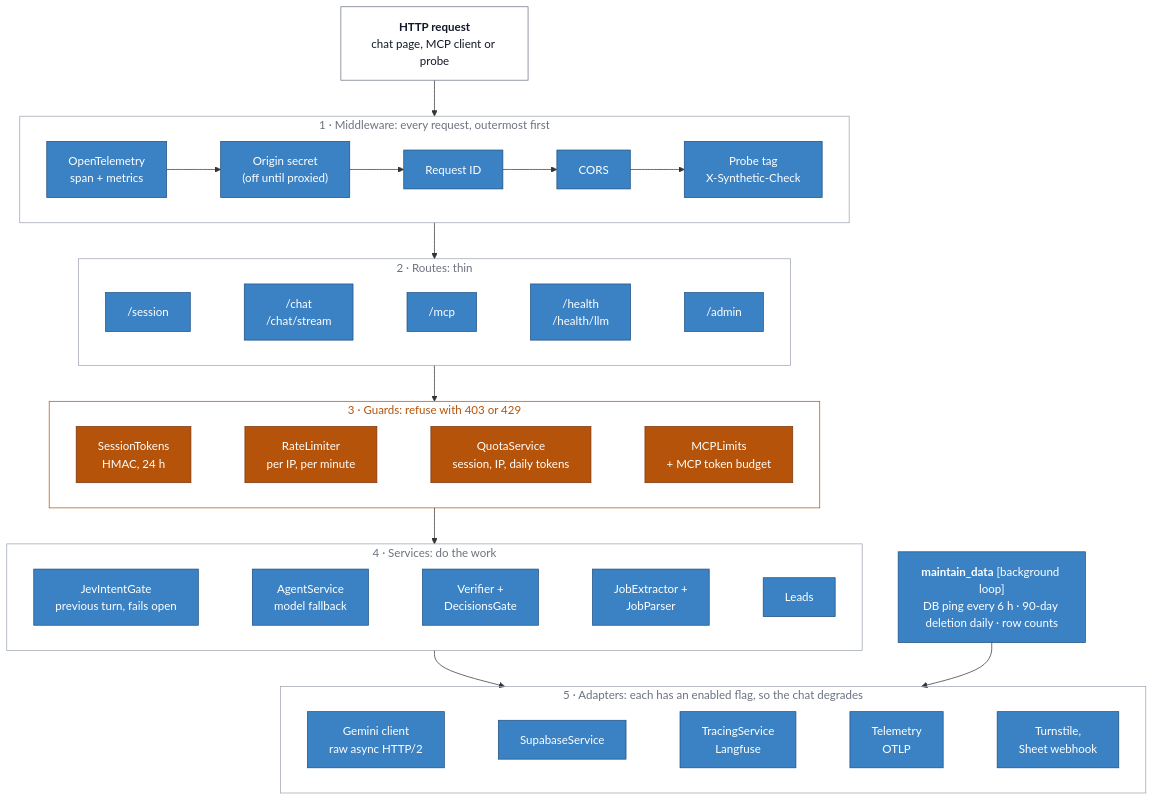
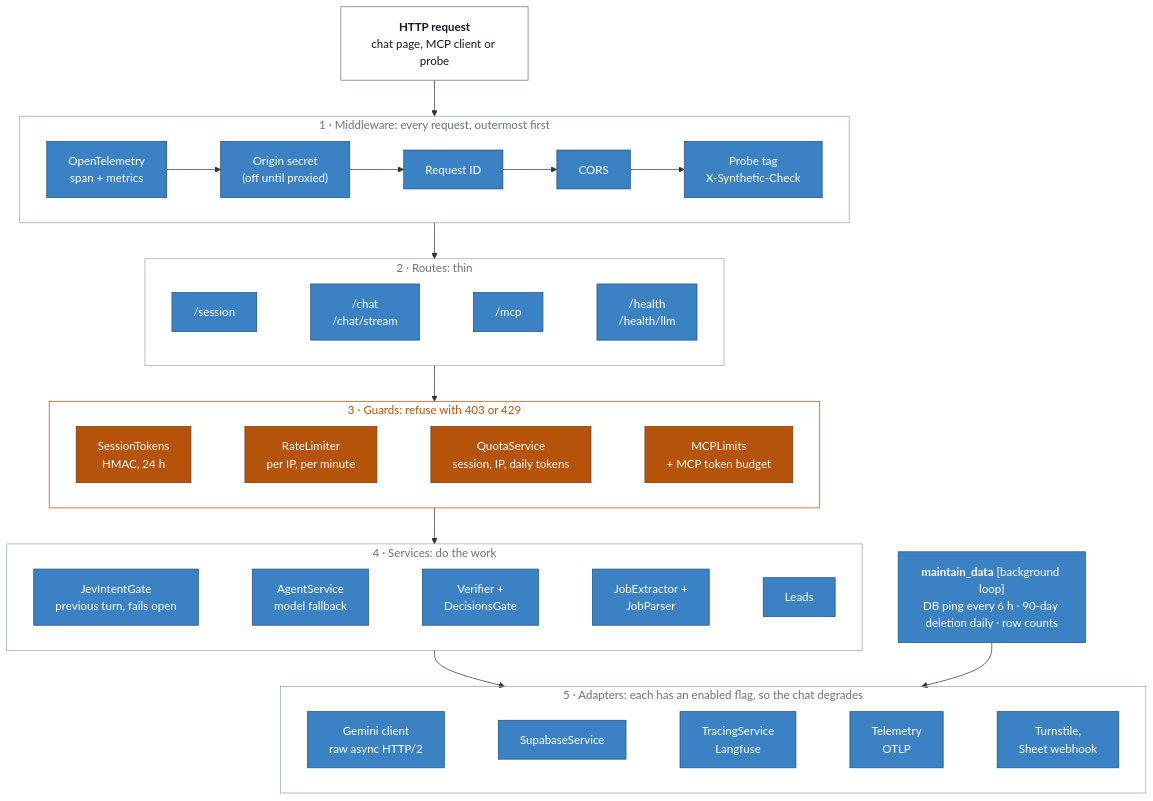
Before and after one commit to Rayhanpatel/AI-Resume-Agent: the third of 12 diagrams in docs/ARCHITECTURE.md, drawn with Mermaid. The commit also changed other lines of this file and 12 other files, not shown here.

````diff
--- a/docs/ARCHITECTURE.md
+++ b/docs/ARCHITECTURE.md
@@ -140,43 +140,43 @@
 ```mermaid
 flowchart TB
     accTitle: Backend components in five layers
     accDescr: A request passes middleware, a thin route, guards that can refuse it, services that do the work, and adapters to external services. A background loop maintains the database.
     req["<b>HTTP request</b><br/>chat page, MCP client or probe"]
 
     subgraph L1["1 · Middleware: every request, outermost first"]
         direction LR
         m1["OpenTelemetry<br/>span + metrics"] --> m2["Origin secret<br/>(off until proxied)"] --> m3["Request ID"] --> m4["CORS"] --> m5["Probe tag<br/>X-Synthetic-Check"]
     end
     subgraph L2["2 · Routes: thin"]
         direction LR
-        r1["/session"] ~~~ r2["/chat<br/>/chat/stream"] ~~~ r3["/mcp"] ~~~ r4["/health<br/>/health/llm"] ~~~ r5["/admin"]
+        r1["/session"] ~~~ r2["/chat<br/>/chat/stream"] ~~~ r3["/mcp"] ~~~ r4["/health<br/>/health/llm"]
     end
     subgraph L3["3 · Guards: refuse with 403 or 429"]
         direction LR
         g1["SessionTokens<br/>HMAC, 24 h"] ~~~ g2["RateLimiter<br/>per IP, per minute"] ~~~ g3["QuotaService<br/>session, IP, daily tokens"] ~~~ g4["MCPLimits<br/>+ MCP token budget"]
     end
     subgraph L4["4 · Services: do the work"]
         direction LR
         s1["JevIntentGate<br/>previous turn, fails open"] ~~~ s2["AgentService<br/>model fallback"] ~~~ s3["Verifier +<br/>DecisionsGate"] ~~~ s4["JobExtractor +<br/>JobParser"] ~~~ s5["Leads"]
     end
     subgraph L5["5 · Adapters: each has an enabled flag, so the chat degrades"]
         direction LR
         a1["Gemini client<br/>raw async HTTP/2"] ~~~ a2["SupabaseService"] ~~~ a3["TracingService<br/>Langfuse"] ~~~ a4["Telemetry<br/>OTLP"] ~~~ a5["Turnstile,<br/>Sheet webhook"]
     end
     bg["<b>maintain_data</b> [background loop]<br/>DB ping every 6 h · 90-day deletion daily · row counts"]
 
     req --> L1 --> L2 --> L3 --> L4 --> L5
     bg --> L5
 
     classDef layer fill:#3b82c4,stroke:#1d4f80,color:#ffffff
     classDef guard fill:#b45309,stroke:#78350f,color:#ffffff
     classDef plain fill:#ffffff,stroke:#6b7280,color:#111827
-    class m1,m2,m3,m4,m5,r1,r2,r3,r4,r5,s1,s2,s3,s4,s5,a1,a2,a3,a4,a5,bg layer
+    class m1,m2,m3,m4,m5,r1,r2,r3,r4,s1,s2,s3,s4,s5,a1,a2,a3,a4,a5,bg layer
     class g1,g2,g3,g4 guard
     class req plain
     style L1 fill:none,stroke:#9ca3af,color:#6b7280
     style L2 fill:none,stroke:#9ca3af,color:#6b7280
     style L3 fill:none,stroke:#b45309,color:#b45309
     style L4 fill:none,stroke:#9ca3af,color:#6b7280
     style L5 fill:none,stroke:#9ca3af,color:#6b7280
 ```
````
